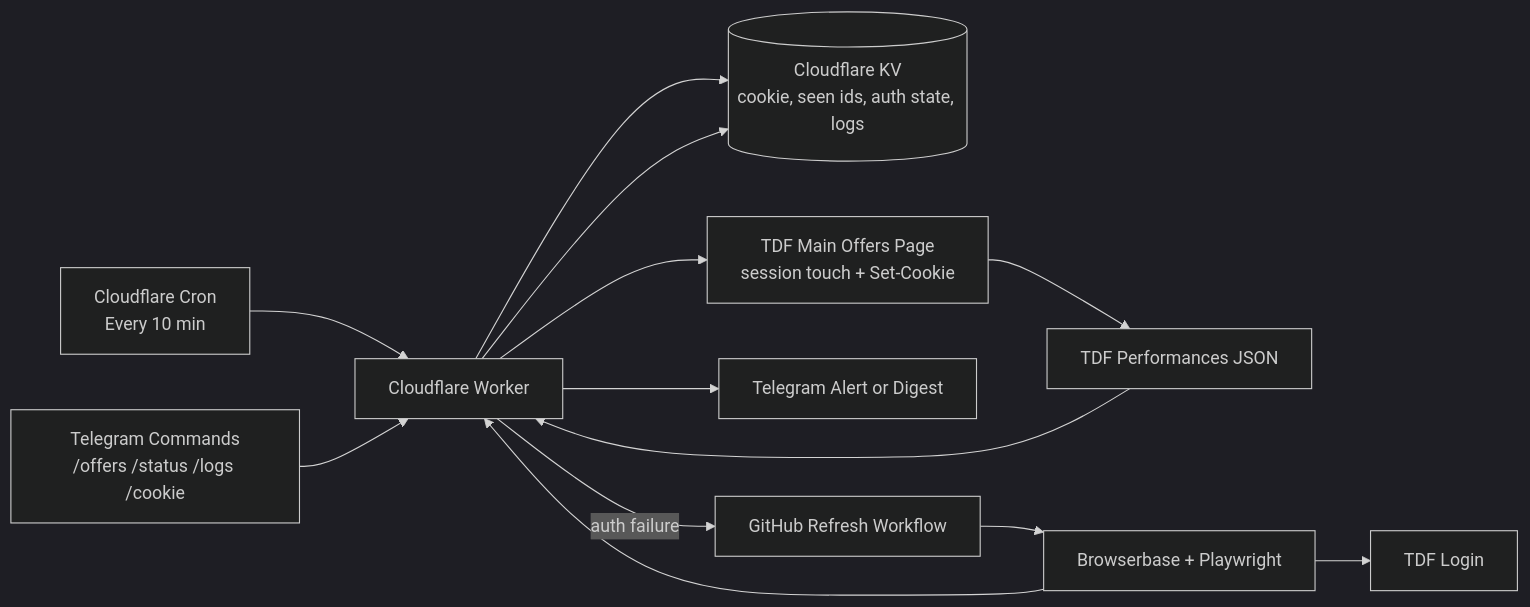
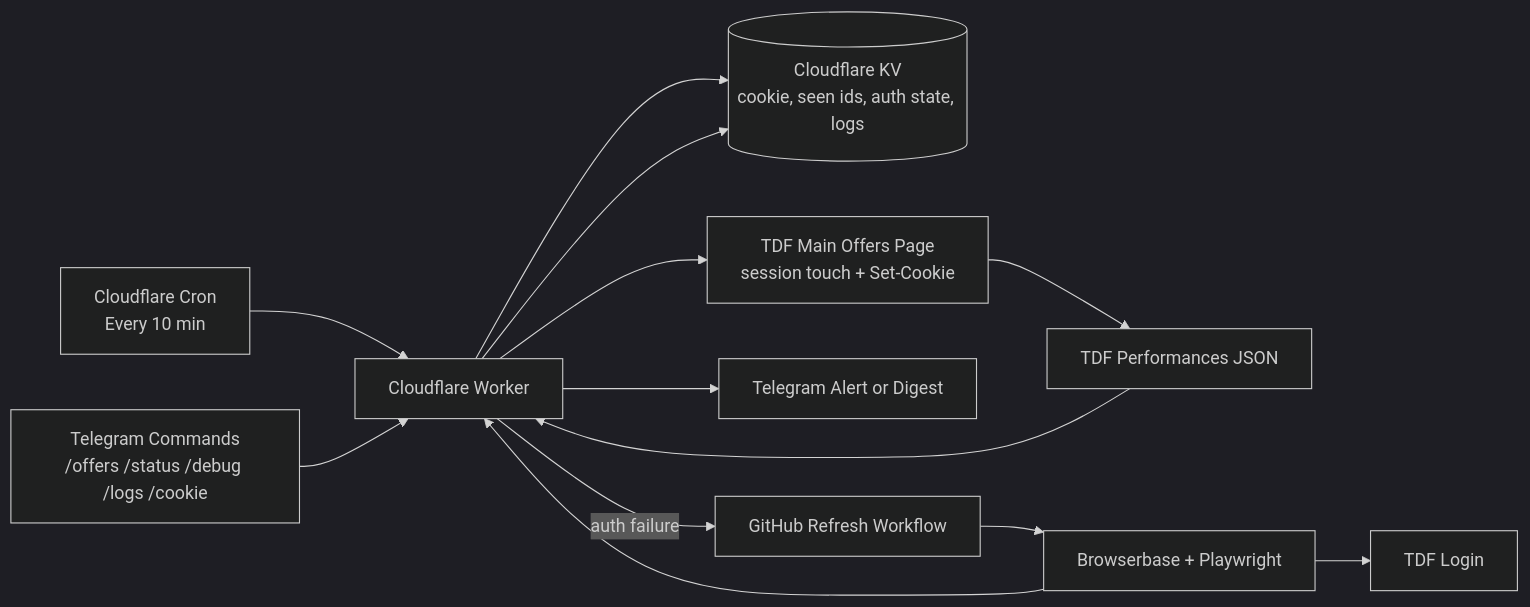
One commit to salmanrazzaq-94/tdf-offer-alerts changed the diagram in README.md. Above: the diagram before and after it, drawn with Mermaid (dark theme). The commit also changed other lines of this file and 3 other files, not shown here.

````diff
--- a/README.md
+++ b/README.md
@@ -51,15 +53,15 @@
 ```mermaid
 flowchart LR
   C[Cloudflare Cron<br/>Every 10 min] --> W[Cloudflare Worker]
-  T[Telegram Commands<br/>/offers /status /logs /cookie] --> W
+  T[Telegram Commands<br/>/offers /status /debug /logs /cookie] --> W
   W --> KV[(Cloudflare KV<br/>cookie, seen ids, auth state, logs)]
   W --> P[TDF Main Offers Page<br/>session touch + Set-Cookie]
   P --> J[TDF Performances JSON]
   J --> W
   W --> TG[Telegram Alert or Digest]
   W -- auth failure --> GH[GitHub Refresh Workflow]
   GH --> BB[Browserbase + Playwright]
   BB --> LOGIN[TDF Login]
   BB --> W
   W --> KV
 ```
````
